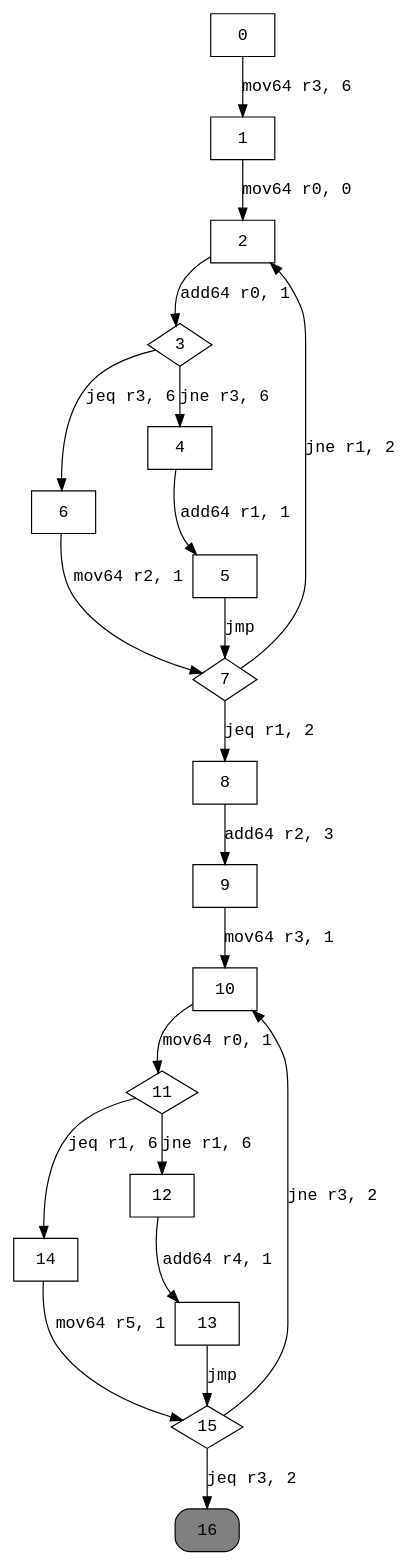
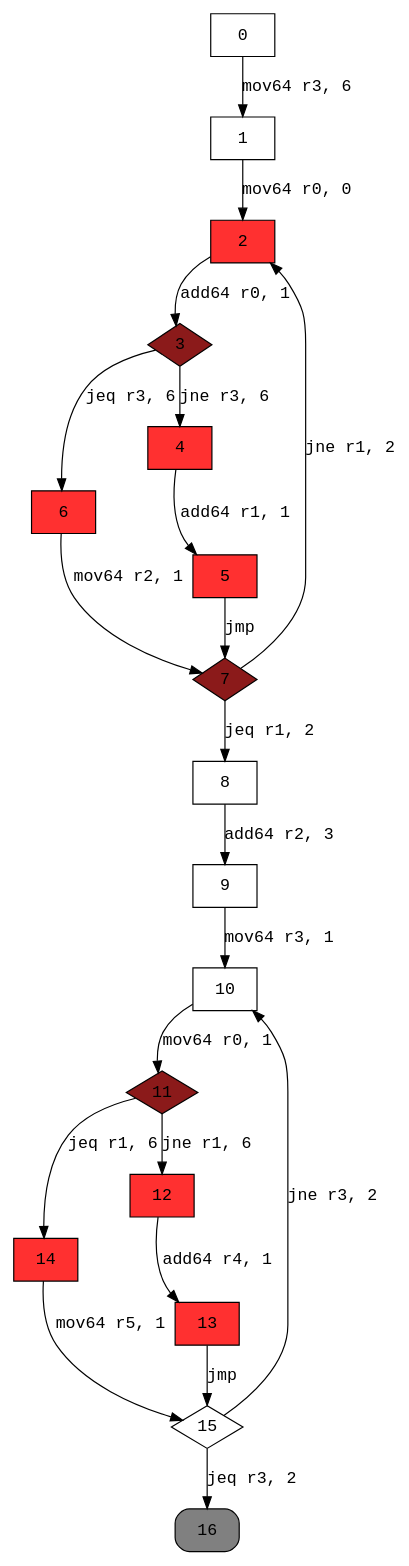
The diagram in graphs/doWhileIfNested.dot (XicoCorreia/InformationFlowAnalysisEbpf), drawn with Graphviz before and after one commit. The commit also changed 18 other files, not shown here.

```diff
--- a/graphs/doWhileIfNested.dot
+++ b/graphs/doWhileIfNested.dot
@@ -1,30 +1,37 @@
 digraph cfg { 
 node [fontname="monospace"];
 node [shape=box];
 edge [fontname="monospace"];
   0 -> 1 [label="mov64 r3, 6"];
   1 -> 2 [label="mov64 r0, 0"];
   2 -> 3 [label="add64 r0, 1"];
   3 -> 6 [label="jeq r3, 6"];
   3 -> 4 [label="jne r3, 6"];
   4 -> 5 [label="add64 r1, 1"];
   5 -> 7 [label="jmp"];
   6 -> 7 [label="mov64 r2, 1"];
   7 -> 8 [label="jeq r1, 2"];
   7 -> 2 [label="jne r1, 2"];
   8 -> 9 [label="add64 r2, 3"];
   9 -> 10 [label="mov64 r3, 1"];
   10 -> 11 [label="mov64 r0, 1"];
   11 -> 14 [label="jeq r1, 6"];
   11 -> 12 [label="jne r1, 6"];
   12 -> 13 [label="add64 r4, 1"];
   13 -> 15 [label="jmp"];
   14 -> 15 [label="mov64 r5, 1"];
   15 -> 16 [label="jeq r3, 2"];
   15 -> 10 [label="jne r3, 2"];
-3 [shape=diamond];
-7 [shape=diamond];
-11 [shape=diamond];
+2 [style=filled,fillcolor=firebrick1];
+3 [shape=diamond,style=filled,fillcolor=firebrick4];
+4 [style=filled,fillcolor=firebrick1];
+5 [style=filled,fillcolor=firebrick1];
+6 [style=filled,fillcolor=firebrick1];
+7 [shape=diamond,style=filled,fillcolor=firebrick4];
+11 [shape=diamond,style=filled,fillcolor=firebrick4];
+12 [style=filled,fillcolor=firebrick1];
+13 [style=filled,fillcolor=firebrick1];
+14 [style=filled,fillcolor=firebrick1];
 15 [shape=diamond];
 16 [style="rounded,filled",fillcolor=grey];
 }
```
